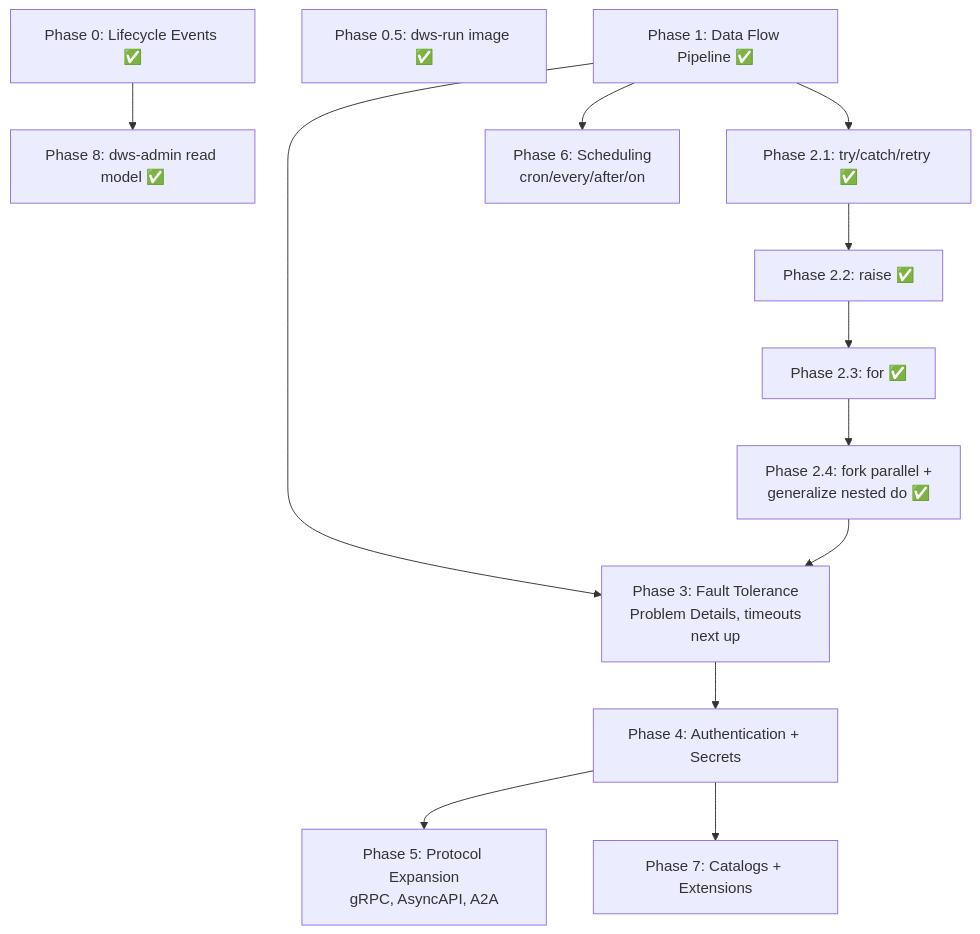
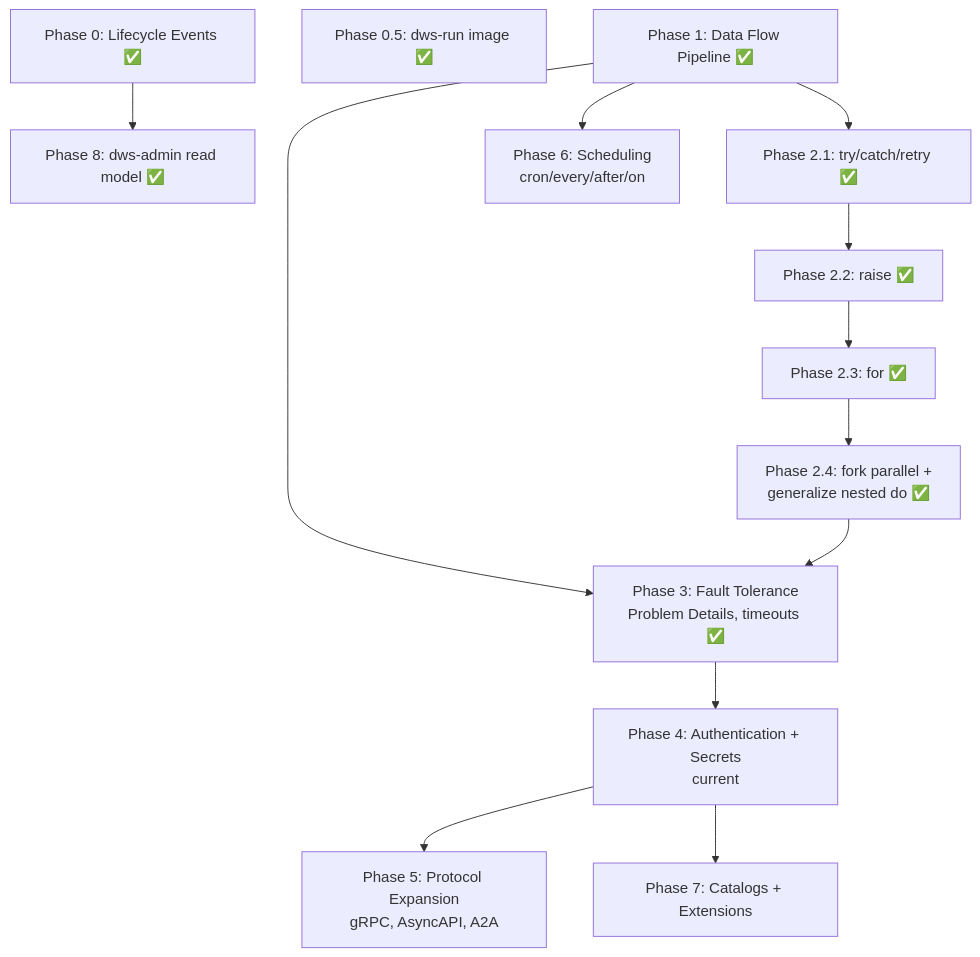
Before and after one commit to tonylibs/dapr-workflow-spec: the diagram in docs/roadmaps/openworkflow-features.md, drawn with Mermaid. The commit also changed other lines of this file and 6 other files, not shown here.

````diff
--- a/docs/roadmaps/openworkflow-features.md
+++ b/docs/roadmaps/openworkflow-features.md
@@ -47,15 +47,15 @@
 ```mermaid
 flowchart TD
   P0[Phase 0: Lifecycle Events ✅] --> P8[Phase 8: dws-admin read model ✅]
   P05[Phase 0.5: dws-run image ✅]
   P1[Phase 1: Data Flow Pipeline ✅] --> P2a[Phase 2.1: try/catch/retry ✅]
   P2a --> P2b[Phase 2.2: raise ✅]
   P2b --> P2c[Phase 2.3: for ✅]
   P2c --> P2d[Phase 2.4: fork parallel +<br/>generalize nested do ✅]
-  P1 --> P3[Phase 3: Fault Tolerance<br/>Problem Details, timeouts<br/>next up]
+  P1 --> P3[Phase 3: Fault Tolerance<br/>Problem Details, timeouts ✅]
   P2d --> P3
-  P3 --> P4[Phase 4: Authentication + Secrets]
+  P3 --> P4[Phase 4: Authentication + Secrets<br/>current]
   P4 --> P5[Phase 5: Protocol Expansion<br/>gRPC, AsyncAPI, A2A]
   P1 --> P6[Phase 6: Scheduling<br/>cron/every/after/on]
   P4 --> P7[Phase 7: Catalogs + Extensions]
 ```
````
